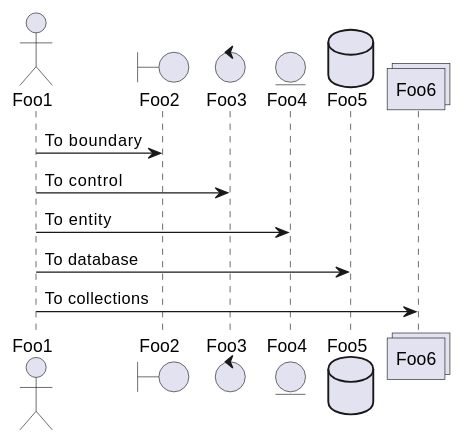
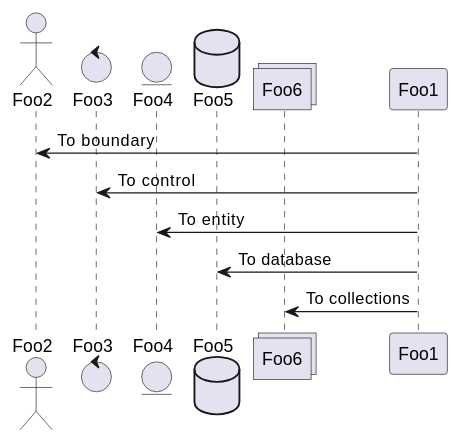
Before and after one commit to DevCTx/Model_View_Architectures: the diagram in 4_Model_View_Controller/test_puml.md, drawn with PlantUML.

Commit message:
Test Mermaid / PUML

````diff
--- a/4_Model_View_Controller/test_puml.md
+++ b/4_Model_View_Controller/test_puml.md
@@ -6,15 +6,15 @@
 ```plantuml:md-sample-sequence
 @startuml
-actor Foo1
+actor Foo2
 boundary Foo2
 control Foo3
 entity Foo4
 database Foo5
 collections Foo6
 Foo1 -> Foo2 : To boundary
 Foo1 -> Foo3 : To control
 Foo1 -> Foo4 : To entity
 Foo1 -> Foo5 : To database
 Foo1 -> Foo6 : To collections
 @enduml
 ```
````
